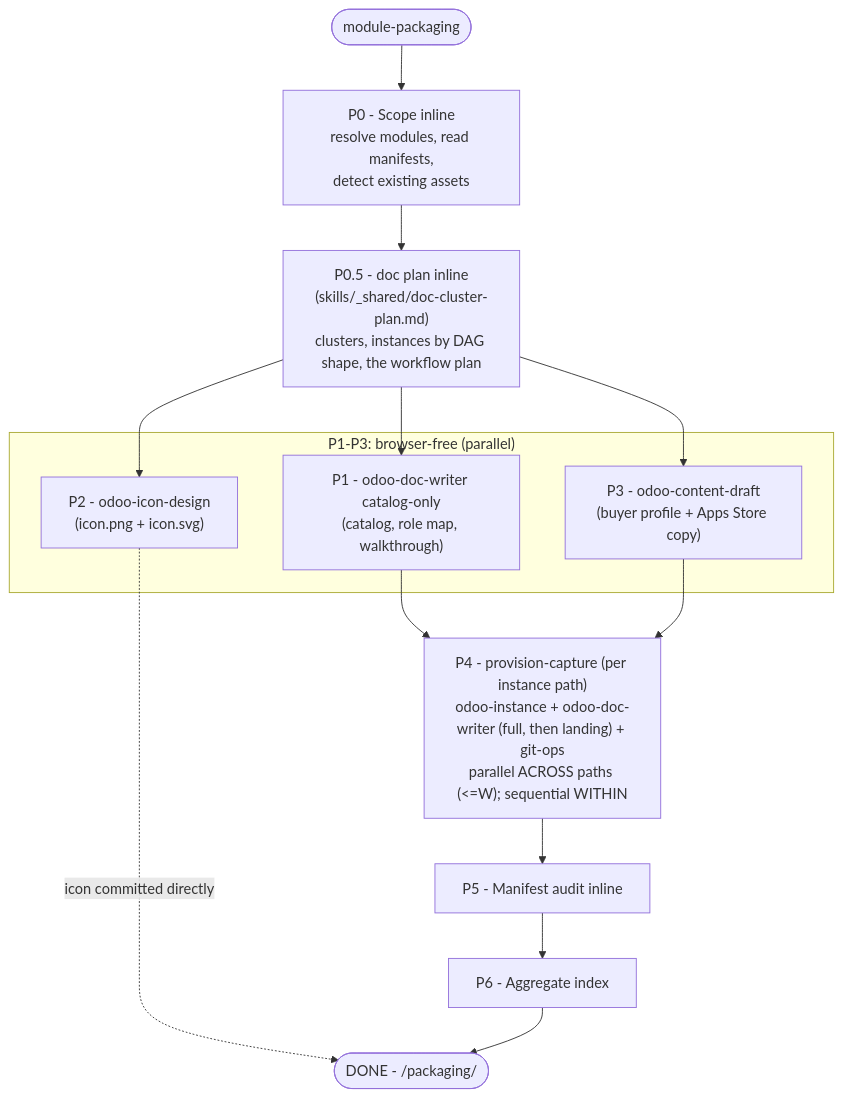
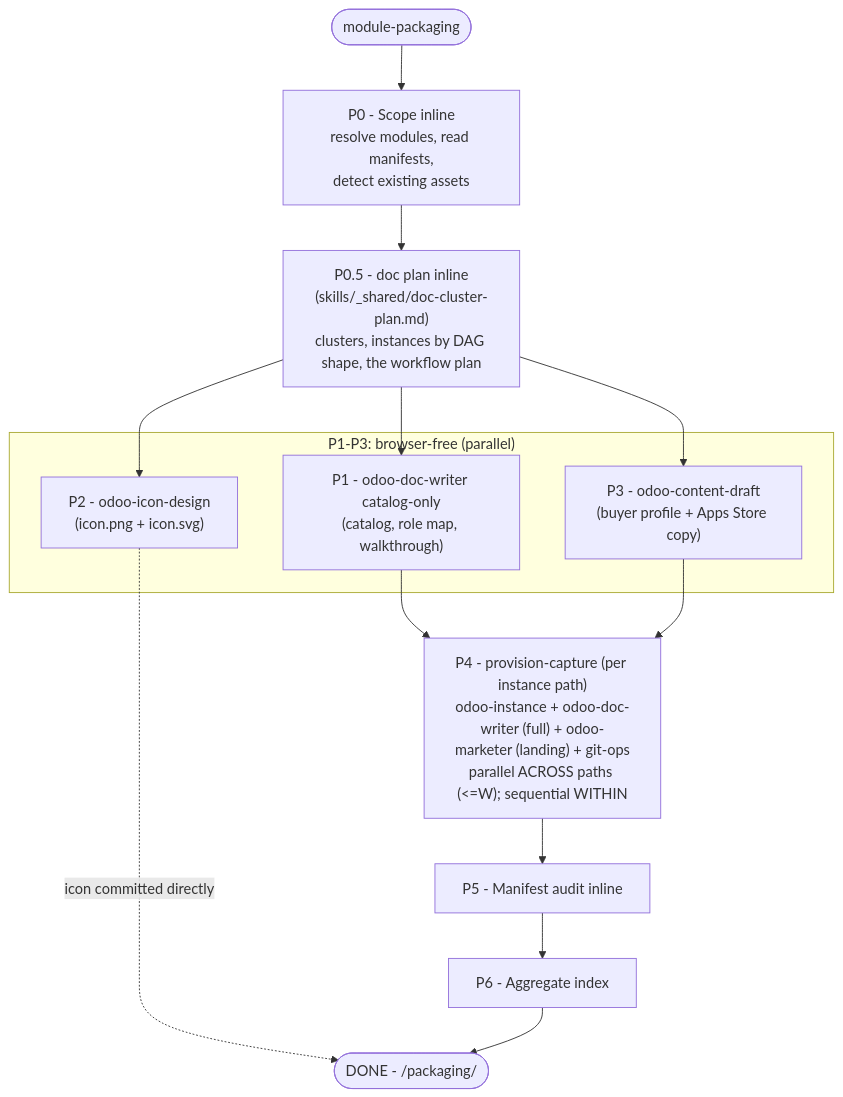
Before and after one commit to Viindoo/odoo-mcp-client: the eighth of 9 diagrams in plugins/odoo-ai-agents/README.md, drawn with Mermaid. The commit also changed other lines of this file and 38 other files, not shown here.

````diff
--- a/plugins/odoo-ai-agents/README.md
+++ b/plugins/odoo-ai-agents/README.md
@@ -603,23 +603,23 @@
 ```mermaid
 flowchart TD
     PKG_START(["module-packaging"])
     PKG_START --> PKG_P0["P0 - Scope inline<br/>resolve modules, read manifests,<br/>detect existing assets"]
     PKG_P0 --> PKG_P05["P0.5 - doc plan inline<br/>(skills/_shared/doc-cluster-plan.md)<br/>clusters, instances by DAG shape, the workflow plan"]
 
     subgraph PKG_FANOUT["P1-P3: browser-free (parallel)"]
         PKG_P1["P1 - odoo-doc-writer catalog-only<br/>(catalog, role map, walkthrough)"]
         PKG_P3["P2 - odoo-icon-design<br/>(icon.png + icon.svg)"]
         PKG_P4["P3 - odoo-content-draft<br/>(buyer profile + Apps Store copy)"]
     end
 
     PKG_P05 --> PKG_P1
     PKG_P05 --> PKG_P3
     PKG_P05 --> PKG_P4
 
-    PKG_P1 --> PKG_P5["P4 - provision-capture (per instance path)<br/>odoo-instance + odoo-doc-writer (full, then landing) + git-ops<br/>parallel ACROSS paths (<=W); sequential WITHIN"]
+    PKG_P1 --> PKG_P5["P4 - provision-capture (per instance path)<br/>odoo-instance + odoo-doc-writer (full) + odoo-marketer (landing) + git-ops<br/>parallel ACROSS paths (<=W); sequential WITHIN"]
     PKG_P4 --> PKG_P5
     PKG_P3 -. "icon committed directly" .-> PKG_DONE
     PKG_P5 --> PKG_P6["P5 - Manifest audit inline"]
     PKG_P6 --> PKG_P7["P6 - Aggregate index"]
     PKG_P7 --> PKG_DONE(["DONE - <ISOLATE_DIR>/packaging/"])
 ```
````
